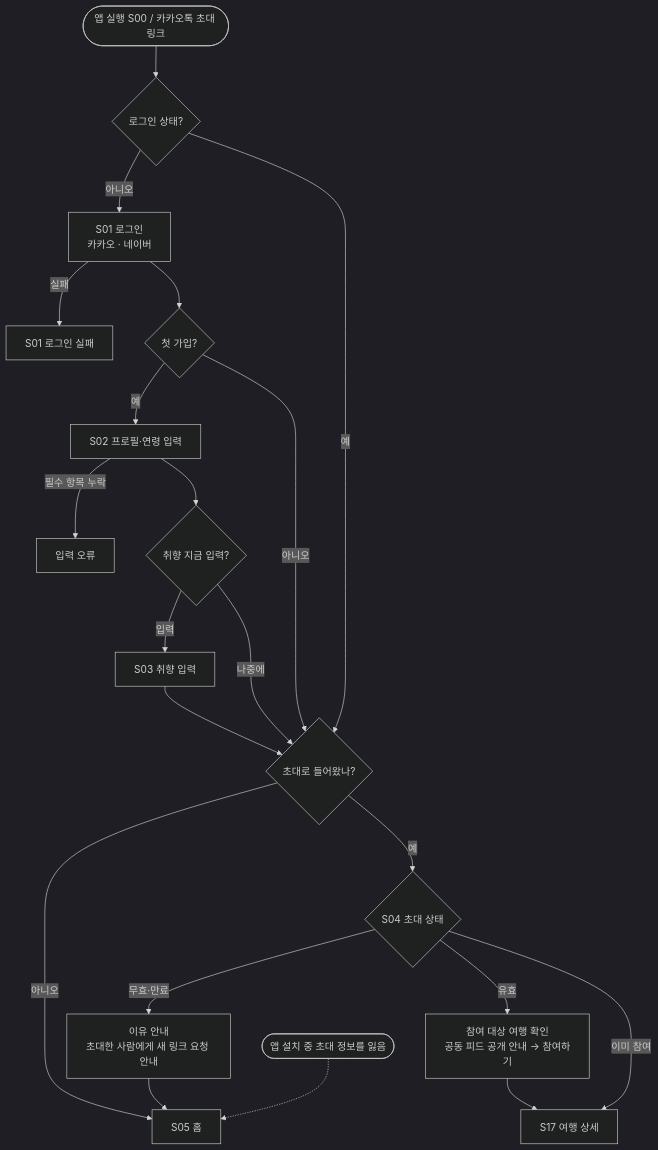
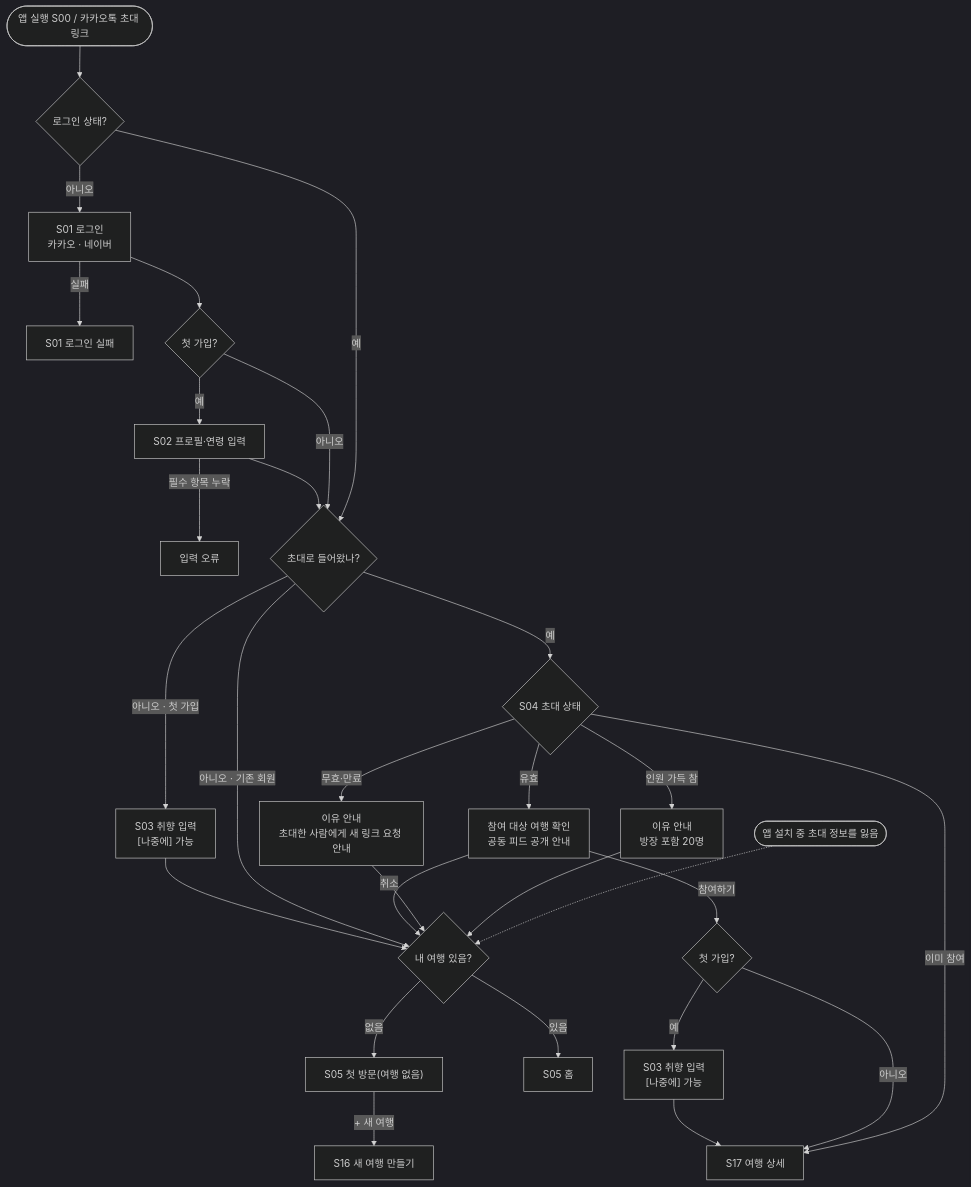
Before and after one commit to a204-eodilog/eodilog: the third of 24 diagrams in docs/flow/user-flow.md, drawn with Mermaid (dark theme). The commit also changed other lines of this file and 1 other file, not shown here.

Commit message:
Docs : 초대 가입 순서와 첫 방문 화면 반영, 피그마 상태 이름 PRD 기준 정리
- 초대로 온 첫 가입자: 프로필 → 초대 확인 → 참여 → 취향 → 여행 상세
- S05 첫 방문(여행 없음), S04 인원 가득 참 상태 추가
- 피그마 파랑 페이지와 화면 목록 상태 이름을 PRD 기준으로 정리

Ref: EODI-137

````diff
--- a/docs/flow/user-flow.md
+++ b/docs/flow/user-flow.md
@@ -86,20 +86,26 @@
 ```mermaid
 flowchart TD
     S(["앱 실행 S00 / 카카오톡 초대 링크"]) --> L{"로그인 상태?"}
     L -- "아니오" --> S01["S01 로그인<br/>카카오 · 네이버"]
     S01 -- "실패" --> S01F["S01 로그인 실패"]
     S01 --> NEW{"첫 가입?"}
     NEW -- "예" --> S02["S02 프로필·연령 입력"]
     S02 -- "필수 항목 누락" --> S02E["입력 오류"]
-    S02 --> TASTE{"취향 지금 입력?"}
-    TASTE -- "입력" --> S03["S03 취향 입력"] --> INV
-    TASTE -- "나중에" --> INV
+    S02 --> INV
     NEW -- "아니오" --> INV
     L -- "예" --> INV{"초대로 들어왔나?"}
-    INV -- "아니오" --> S05["S05 홈"]
+    INV -- "아니오 · 첫 가입" --> S03["S03 취향 입력<br/>[나중에] 가능"] --> HOME
+    INV -- "아니오 · 기존 회원" --> HOME{"내 여행 있음?"}
+    HOME -- "없음" --> S05N["S05 첫 방문(여행 없음)"] -- "+ 새 여행" --> S16["S16 새 여행 만들기"]
+    HOME -- "있음" --> S05["S05 홈"]
     INV -- "예" --> S04{"S04 초대 상태"}
-    S04 -- "유효" --> J["참여 대상 여행 확인<br/>공동 피드 공개 안내 → 참여하기"] --> S17["S17 여행 상세"]
+    S04 -- "유효" --> J["참여 대상 여행 확인<br/>공동 피드 공개 안내"]
+    J -- "참여하기" --> JT{"첫 가입?"}
+    JT -- "예" --> S03J["S03 취향 입력<br/>[나중에] 가능"] --> S17["S17 여행 상세"]
+    JT -- "아니오" --> S17
+    J -- "취소" --> HOME
     S04 -- "이미 참여" --> S17
-    S04 -- "무효·만료" --> X["이유 안내<br/>초대한 사람에게 새 링크 요청 안내"] --> S05
-    LOST(["앱 설치 중 초대 정보를 잃음"]) -.-> S05
+    S04 -- "무효·만료" --> X["이유 안내<br/>초대한 사람에게 새 링크 요청 안내"] --> HOME
+    S04 -- "인원 가득 참" --> FULL["이유 안내<br/>방장 포함 20명"] --> HOME
+    LOST(["앱 설치 중 초대 정보를 잃음"]) -.-> HOME
 ```
````
